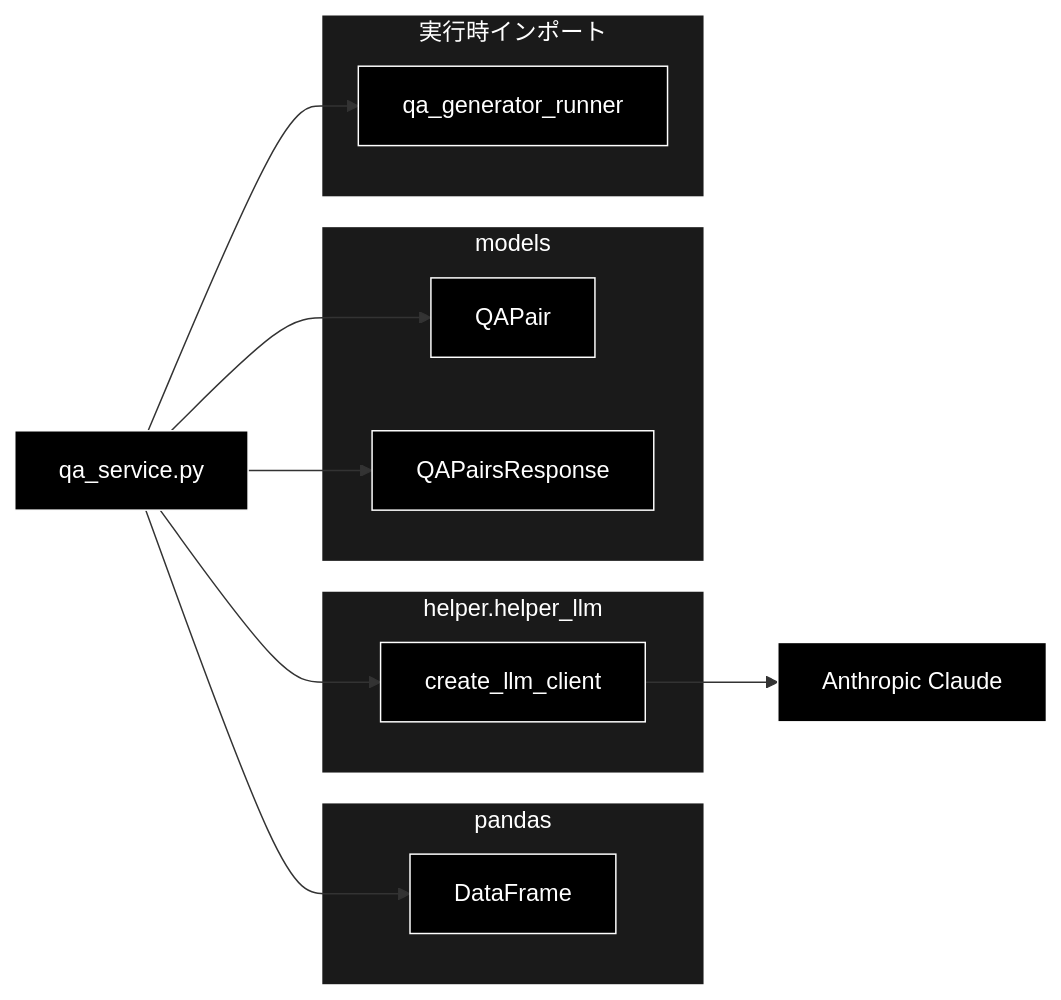
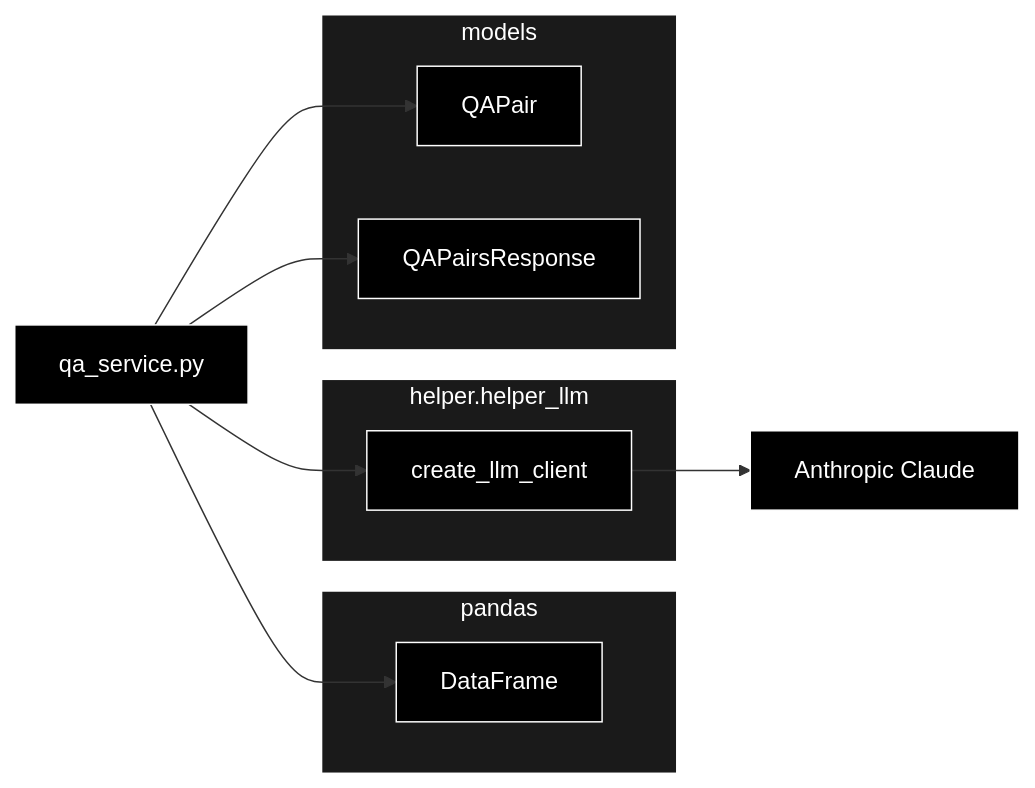
One commit to nakashima2toshio/grace_v2 changed the third of 3 diagrams in services/docs/qa_service.md. Above: the diagram before and after it, drawn with Mermaid. The commit also changed other lines of this file and 12 other files, not shown here.

````diff
--- a/services/docs/qa_service.md
+++ b/services/docs/qa_service.md
@@ -596,35 +500,29 @@
 ```mermaid
 flowchart LR
     QASERVICE["qa_service.py"]
 
     subgraph PANDAS["pandas"]
         DF["DataFrame"]
     end
 
     subgraph HELPER["helper.helper_llm"]
         LLMCLIENT["create_llm_client"]
     end
 
     subgraph MODELSPKG["models"]
         QAPAIR["QAPair"]
         QARESP["QAPairsResponse"]
     end
 
-    subgraph RUNTIME["実行時インポート"]
-        RUNNER["qa_generator_runner"]
-    end
-
     QASERVICE --> DF
     QASERVICE --> LLMCLIENT
     QASERVICE --> QAPAIR
     QASERVICE --> QARESP
-    QASERVICE --> RUNNER
     LLMCLIENT --> CLAUDE["Anthropic Claude"]
 classDef default fill:#000,stroke:#fff,color:#fff
 classDef subgraphStyle fill:#1a1a1a,stroke:#fff,color:#fff
-class QASERVICE,DF,LLMCLIENT,QAPAIR,QARESP,RUNNER,CLAUDE default
+class QASERVICE,DF,LLMCLIENT,QAPAIR,QARESP,CLAUDE default
 style PANDAS fill:#1a1a1a,stroke:#fff,color:#fff
 style HELPER fill:#1a1a1a,stroke:#fff,color:#fff
 style MODELSPKG fill:#1a1a1a,stroke:#fff,color:#fff
-style RUNTIME fill:#1a1a1a,stroke:#fff,color:#fff
 ```
````
